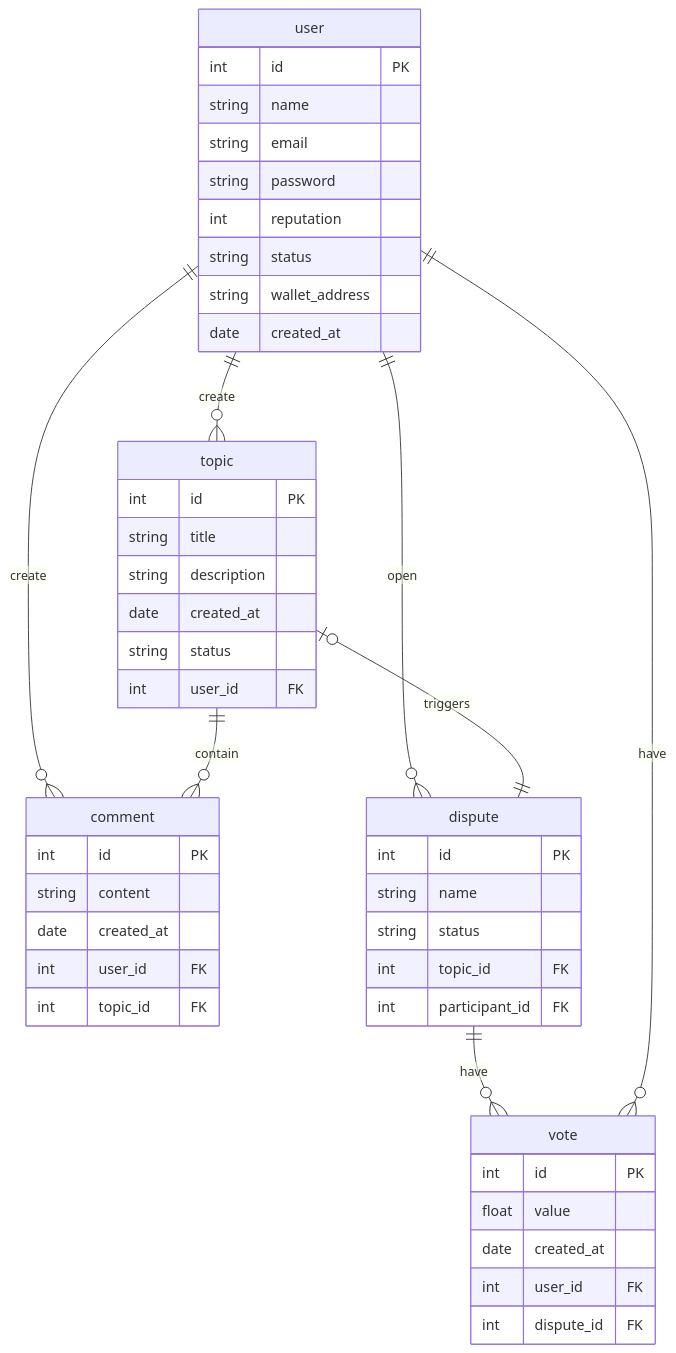
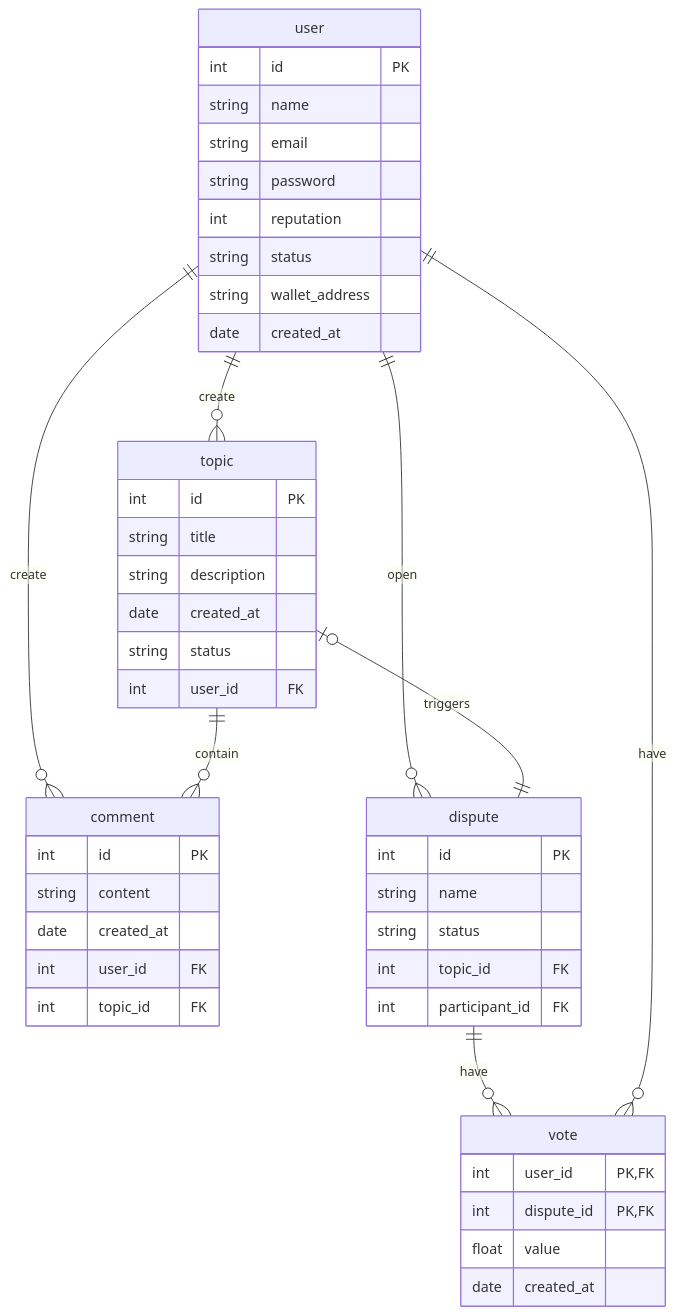
The diagram in notes/ERD.md (doyouwantto2/prototype), drawn with Mermaid before and after one commit.

Commit message:
update: reorder vote table's rows

````diff
--- a/notes/ERD.md
+++ b/notes/ERD.md
@@ -1,54 +1,53 @@
 ```mermaid
 erDiagram
     user ||--o{ topic : create
     user ||--o{ comment : create
     topic ||--o{ comment : contain
     user ||--o{ dispute : open
     topic |o--|| dispute : triggers
     dispute ||--o{ vote : have
     user ||--o{ vote : have
 
     user {
         int id PK
         string name
         string email
         string password
         int reputation
         string status
         string wallet_address
         date created_at
     }
 
     topic {
         int id PK
         string title
         string description
         date created_at
         string status
         int user_id FK
     }
 
     comment {
         int id PK
         string content
         date created_at
         int user_id FK
         int topic_id FK
     }
 
     dispute {
         int id PK
         string name
         string status
         int topic_id FK
         int participant_id FK
     }
 
     vote {
-        int id PK
+        int user_id "PK,FK"
+        int dispute_id "PK,FK"
         float value
         date created_at
-        int user_id FK
-        int dispute_id FK
     }
 ```
````
